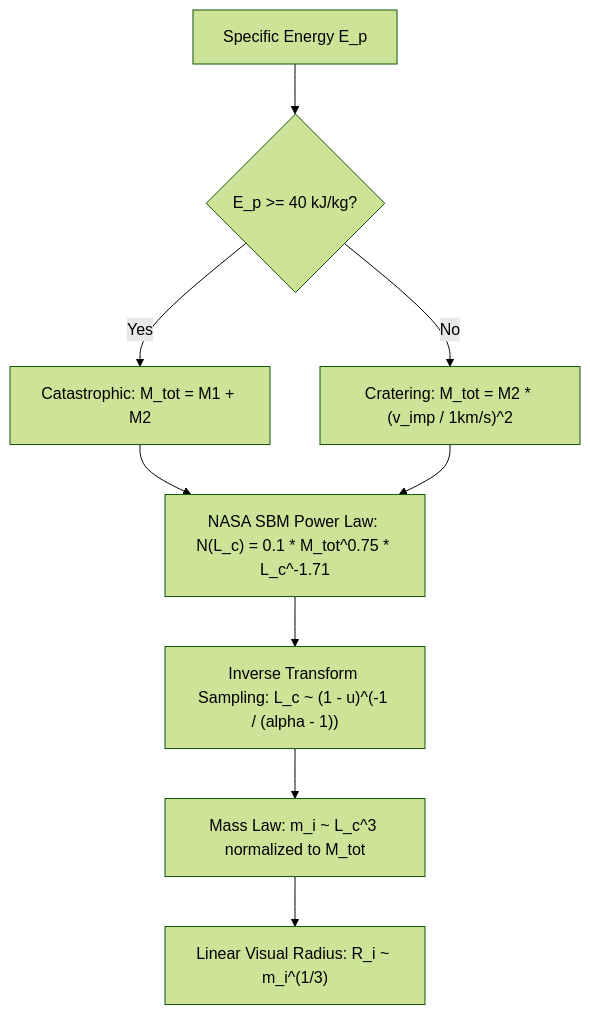
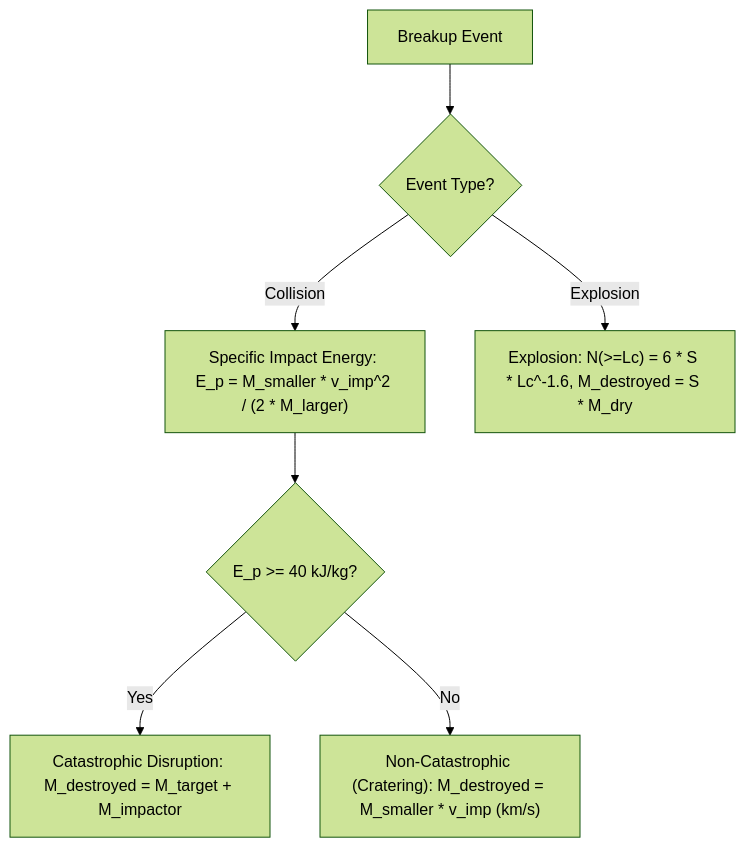
The second of 5 diagrams in docs/breakup_model_mathematical_specification.md (tmokazaki/sbm-visualizer), drawn with Mermaid (forest theme) before and after one commit. The commit also changed other lines of this file and 4 other files, not shown here.

````diff
--- a/docs/breakup_model_mathematical_specification.md
+++ b/docs/breakup_model_mathematical_specification.md
@@ -77,11 +57,9 @@
 ```mermaid
 flowchart TD
-    E_p["Specific Energy E_p"] --> Regime{"E_p >= 40 kJ/kg?"}
-    Regime -->|Yes| Cat["Catastrophic: M_tot = M1 + M2"]
-    Regime -->|No| NonCat["Cratering: M_tot = M2 * (v_imp / 1km/s)^2"]
-    Cat --> SBM["NASA SBM Power Law: N(L_c) = 0.1 * M_tot^0.75 * L_c^-1.71"]
-    NonCat --> SBM
-    SBM --> Sampling["Inverse Transform Sampling: L_c ~ (1 - u)^(-1 / (alpha - 1))"]
-    Sampling --> MassConv["Mass Law: m_i ~ L_c^3 normalized to M_tot"]
-    MassConv --> VisualSize["Linear Visual Radius: R_i ~ m_i^(1/3)"]
+    Event["Breakup Event"] --> Type{"Event Type?"}
+    Type -->|Collision| EpCheck["Specific Impact Energy: E_p = M_smaller * v_imp^2 / (2 * M_larger)"]
+    EpCheck --> EpBranch{"E_p >= 40 kJ/kg?"}
+    EpBranch -->|Yes| Cat["Catastrophic Disruption: M_destroyed = M_target + M_impactor"]
+    EpBranch -->|No| NonCat["Non-Catastrophic (Cratering): M_destroyed = M_smaller * v_imp (km/s)"]
+    Type -->|Explosion| Expl["Explosion: N(>=Lc) = 6 * S * Lc^-1.6, M_destroyed = S * M_dry"]
 ```
````
